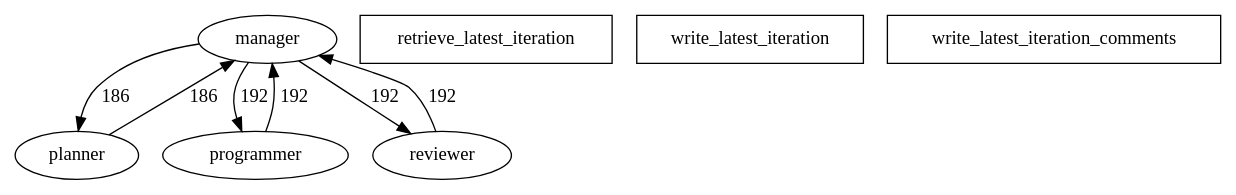
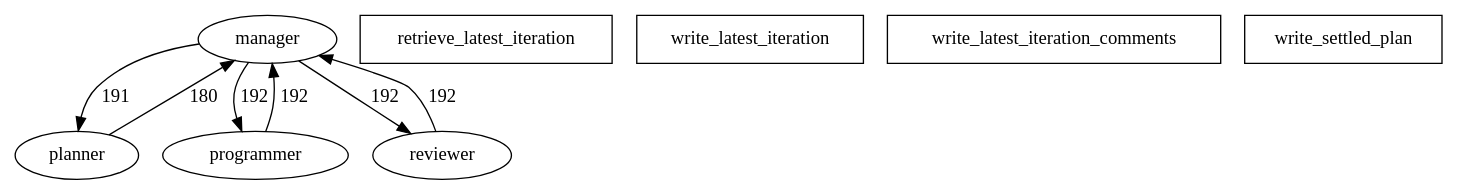
One commit to BzhH7/MASentinel changed the diagram in outputs/system1_iterative_coding/trace_graph.dot. Above: the diagram before and after it, drawn with Graphviz. The commit also changed 225 other files, not shown here.

```diff
--- a/outputs/system1_iterative_coding/trace_graph.dot
+++ b/outputs/system1_iterative_coding/trace_graph.dot
@@ -1,15 +1,16 @@
 digraph MASentinelTrace {
   "manager" [shape=ellipse];
   "planner" [shape=ellipse];
   "programmer" [shape=ellipse];
   "reviewer" [shape=ellipse];
   "retrieve_latest_iteration" [shape=box];
   "write_latest_iteration" [shape=box];
   "write_latest_iteration_comments" [shape=box];
-  "manager" -> "planner" [label="186"];
+  "write_settled_plan" [shape=box];
+  "manager" -> "planner" [label="191"];
   "manager" -> "programmer" [label="192"];
   "manager" -> "reviewer" [label="192"];
-  "planner" -> "manager" [label="186"];
+  "planner" -> "manager" [label="180"];
   "programmer" -> "manager" [label="192"];
   "reviewer" -> "manager" [label="192"];
 }
```
